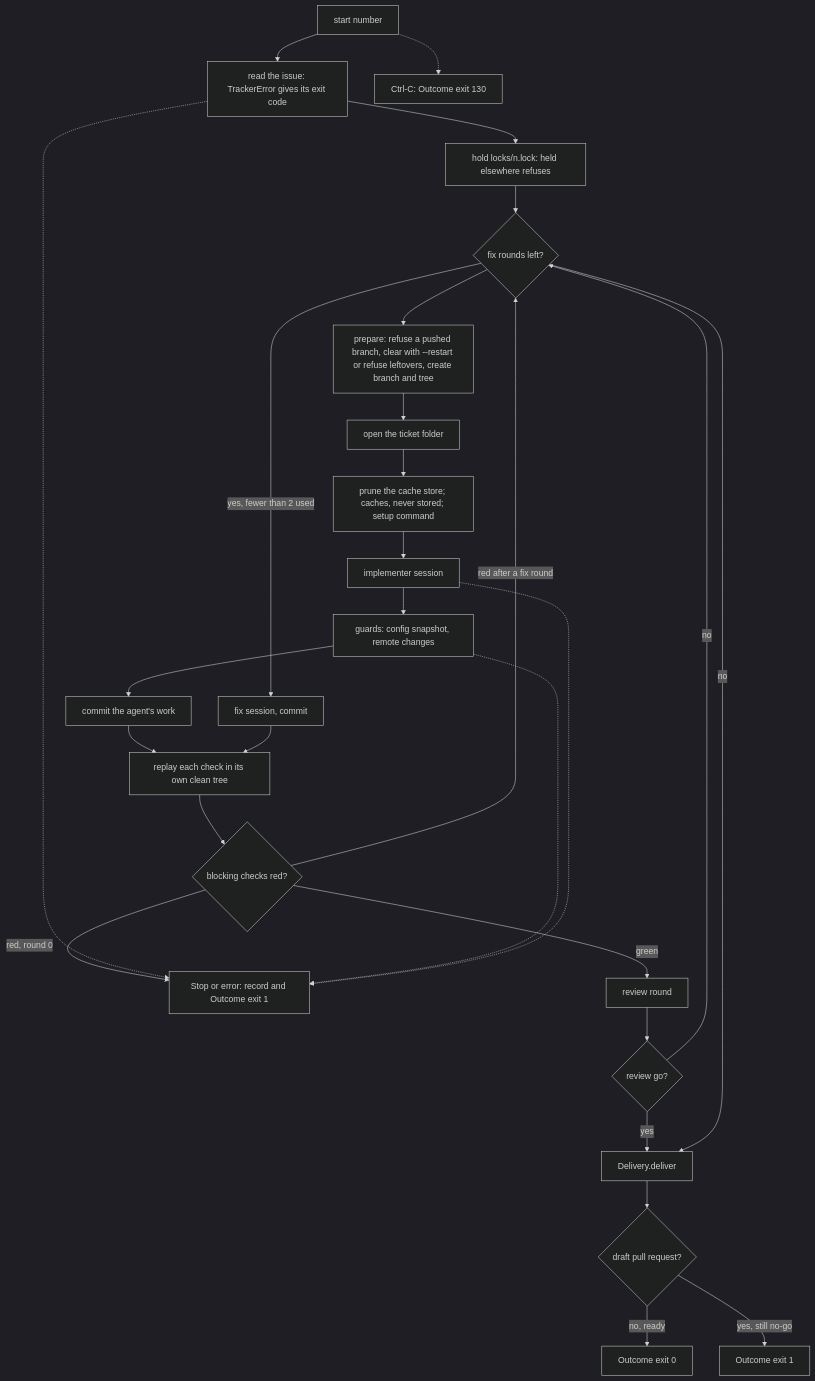
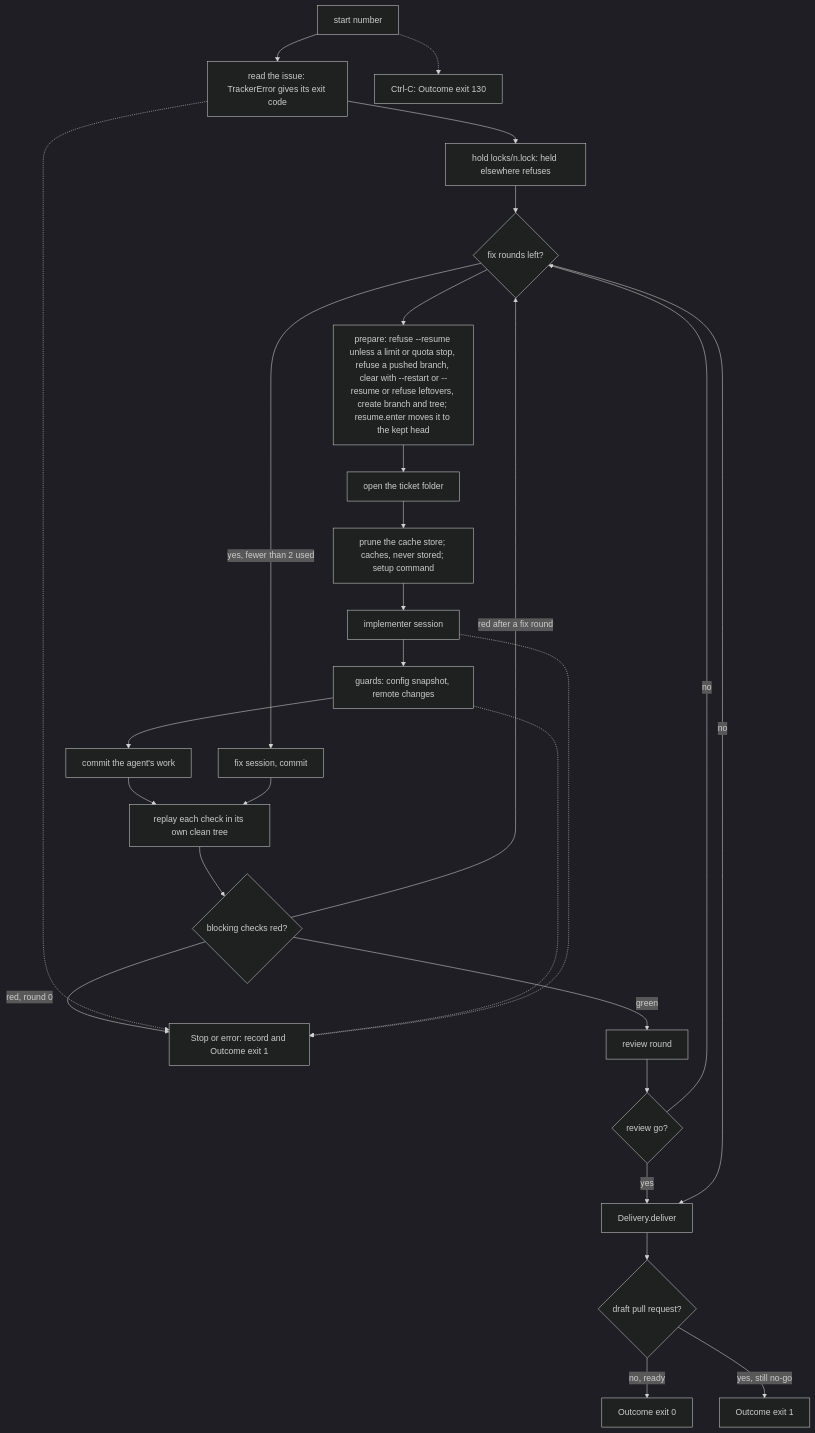
Before and after one commit to plaplanche/ariane: the first of 3 diagrams in docs/architecture/modules/flow.md, drawn with Mermaid (dark theme). The commit also changed other lines of this file and 43 other files, not shown here.

Commit message:
#211: Resume a ticket stopped by its budget, turn or time limit, or by a runtime quota, from its saved work (C5, C23)

````diff
--- a/docs/architecture/modules/flow.md
+++ b/docs/architecture/modules/flow.md
@@ -58,29 +59,29 @@
 ```mermaid
 flowchart TD
   A[start number] --> B[read the issue: TrackerError gives its exit code]
   B --> LK[hold locks/n.lock: held elsewhere refuses]
   LK --> R[register the run in runs/n, removed however it ends]
-  R --> C[prepare: refuse a pushed branch, clear with --restart or refuse leftovers, create branch and tree]
+  R --> C[prepare: refuse --resume unless a limit or quota stop, refuse a pushed branch, clear with --restart or --resume or refuse leftovers, create branch and tree; resume.enter moves it to the kept head]
   C --> D[open the ticket folder]
   D --> E[prune the cache store; caches, never stored; setup command]
   E --> F[implementer session]
   F --> G[guards: config snapshot, remote changes]
   G --> H[commit the agent's work]
   H --> I[replay each check in its own clean tree]
   I --> K{blocking checks red?}
   K -- "red, round 0" --> S
   K -- green --> J[review round]
   K -- "red after a fix round" --> R{fix rounds left?}
   J --> G2{review go?}
   G2 -- no --> R
   G2 -- yes --> M[Delivery.deliver]
   R -- "yes, fewer than 2 used" --> L[fix session, commit] --> I
   R -- no --> M
   M --> N{draft pull request?}
   N -- no, ready --> O[Outcome exit 0]
   N -- yes, still no-go --> P[Outcome exit 1]
   B -.-> S[Stop or error: record and Outcome exit 1]
   G -.-> S
   F -.-> S
   A -.-> T[Ctrl-C: Outcome exit 130]
 ```
````
